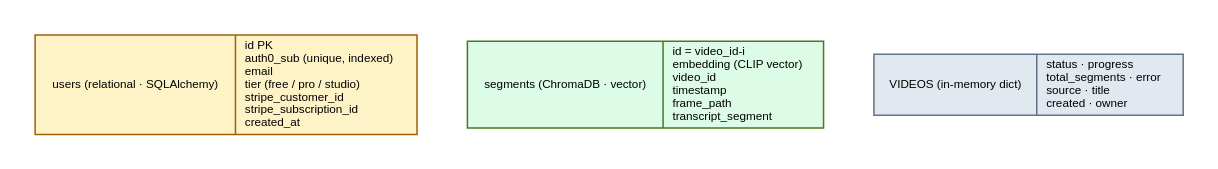
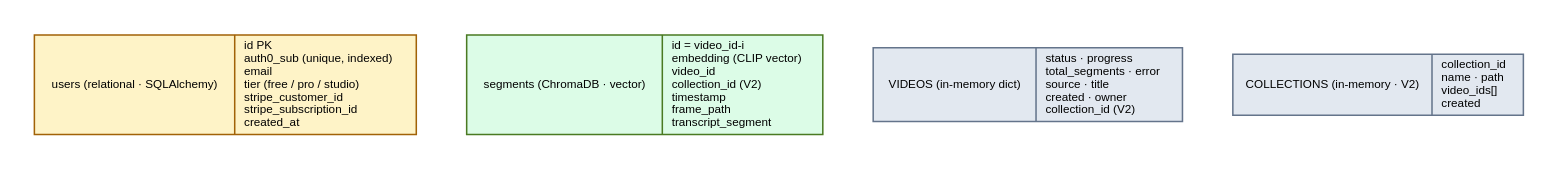
Before and after one commit to ernest-opara/scrubless: the diagram in docs/diagrams/datamodel.dot, drawn with Graphviz. The commit also changed 4 other files, not shown here.

```diff
--- a/docs/diagrams/datamodel.dot
+++ b/docs/diagrams/datamodel.dot
@@ -1,14 +1,16 @@
 digraph data {
   graph [bgcolor="white", fontname="Helvetica", rankdir=LR, nodesep=0.6, ranksep=0.6, pad=0.3];
   node  [fontname="Helvetica", fontsize=10, shape=record, style="filled", penwidth=1.3];
   edge  [style=invis];
 
   users [label="{users  (relational · SQLAlchemy)|id  PK\lauth0_sub  (unique, indexed)\lemail\ltier  (free / pro / studio)\lstripe_customer_id\lstripe_subscription_id\lcreated_at\l}",
          fillcolor="#fef3c7", color="#a16207"];
-  segs  [label="{segments  (ChromaDB · vector)|id = video_id-i\lembedding  (CLIP vector)\lvideo_id\ltimestamp\lframe_path\ltranscript_segment\l}",
+  segs  [label="{segments  (ChromaDB · vector)|id = video_id-i\lembedding  (CLIP vector)\lvideo_id\lcollection_id  (V2)\ltimestamp\lframe_path\ltranscript_segment\l}",
          fillcolor="#dcfce7", color="#4a7a22"];
-  vids  [label="{VIDEOS  (in-memory dict)|status · progress\ltotal_segments · error\lsource · title\lcreated · owner\l}",
+  vids  [label="{VIDEOS  (in-memory dict)|status · progress\ltotal_segments · error\lsource · title\lcreated · owner\lcollection_id  (V2)\l}",
+         fillcolor="#e2e8f0", color="#64748b"];
+  colls [label="{COLLECTIONS  (in-memory · V2)|collection_id\lname · path\lvideo_ids[]\lcreated\l}",
          fillcolor="#e2e8f0", color="#64748b"];
 
-  users -> segs -> vids;
+  users -> segs -> vids -> colls;
 }
```
